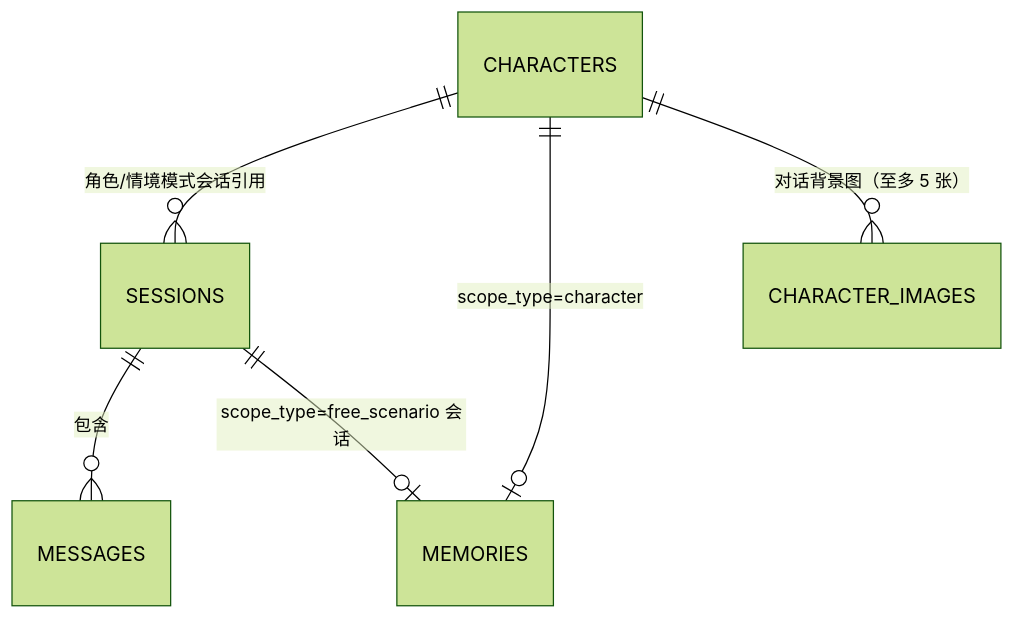
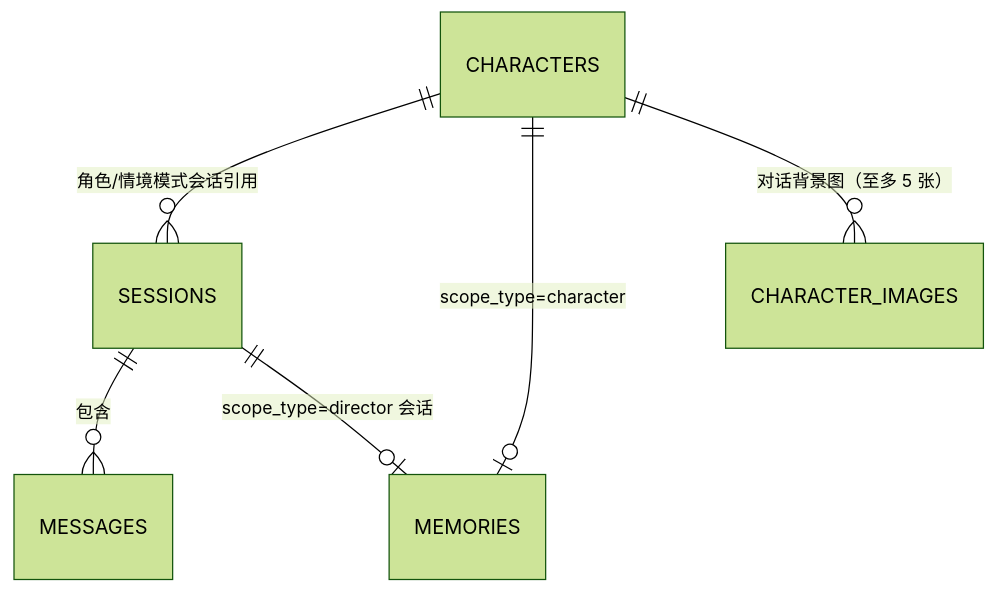
The second of 2 diagrams in DEVELOPMENT.md (camoilo/wonder-realm), drawn with Mermaid (forest theme) before and after one commit. The commit also changed other lines of this file and 29 other files, not shown here.

````diff
--- a/DEVELOPMENT.md
+++ b/DEVELOPMENT.md
@@ -271,8 +271,8 @@
 ```mermaid
 erDiagram
     CHARACTERS ||--o{ SESSIONS : "角色/情境模式会话引用"
     SESSIONS ||--o{ MESSAGES : "包含"
     CHARACTERS ||--o| MEMORIES : "scope_type=character"
-    SESSIONS ||--o| MEMORIES : "scope_type=free_scenario 会话"
+    SESSIONS ||--o| MEMORIES : "scope_type=director 会话"
     CHARACTERS ||--o{ CHARACTER_IMAGES : "对话背景图（至多 5 张）"
 ```
````
